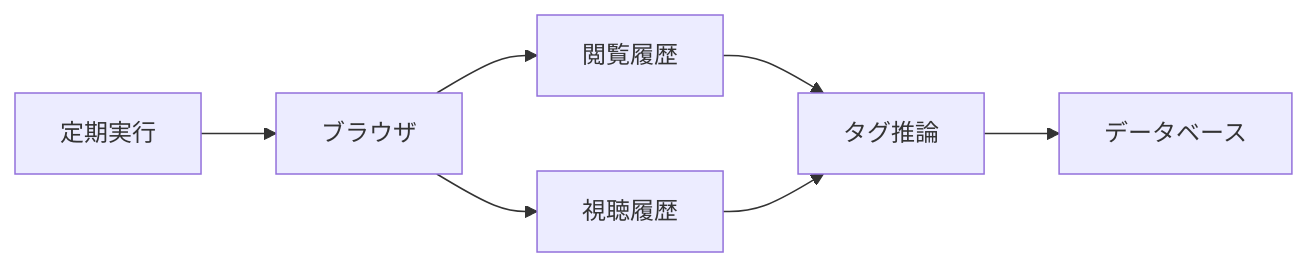
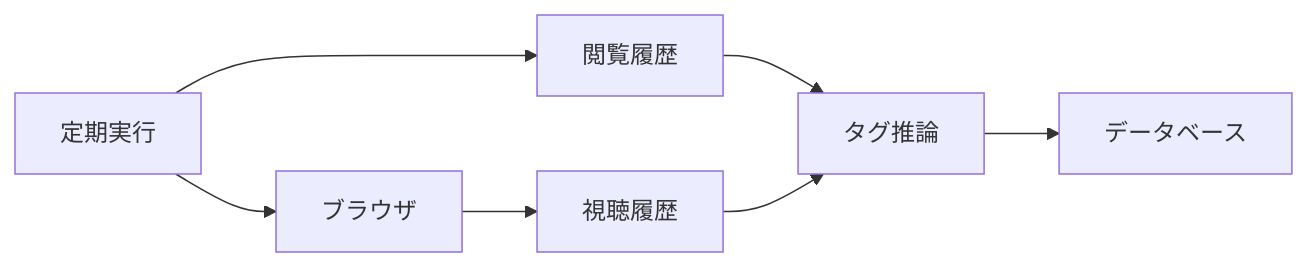
One commit to yjn279/brain changed the diagram in README.md. Above: the diagram before and after it, drawn with Mermaid. The commit also changed other lines of this file and 2 other files, not shown here.

First line of the commit message:
fix: read Chrome history from the local database

````diff
--- a/README.md
+++ b/README.md
@@ -12,9 +14,9 @@
 ```mermaid
 flowchart LR
-  task[定期実行] --> chrome[ブラウザ]
-  chrome --> history[閲覧履歴]
+  task[定期実行] --> historyDb[閲覧履歴]
+  task --> chrome[ブラウザ]
   chrome --> youtube[視聴履歴]
-  history --> tagger[タグ推論]
+  historyDb --> tagger[タグ推論]
   youtube --> tagger
   tagger --> turso[データベース]
 ```
````
